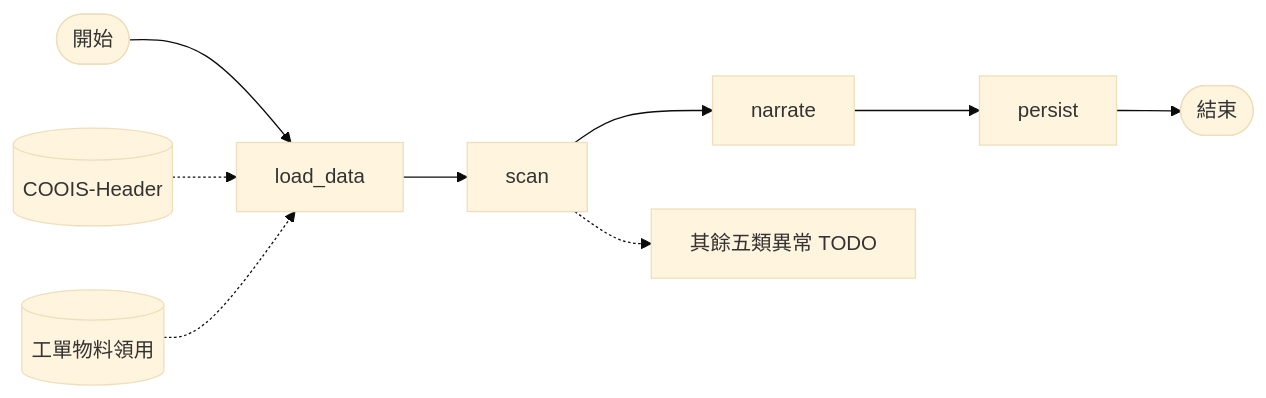
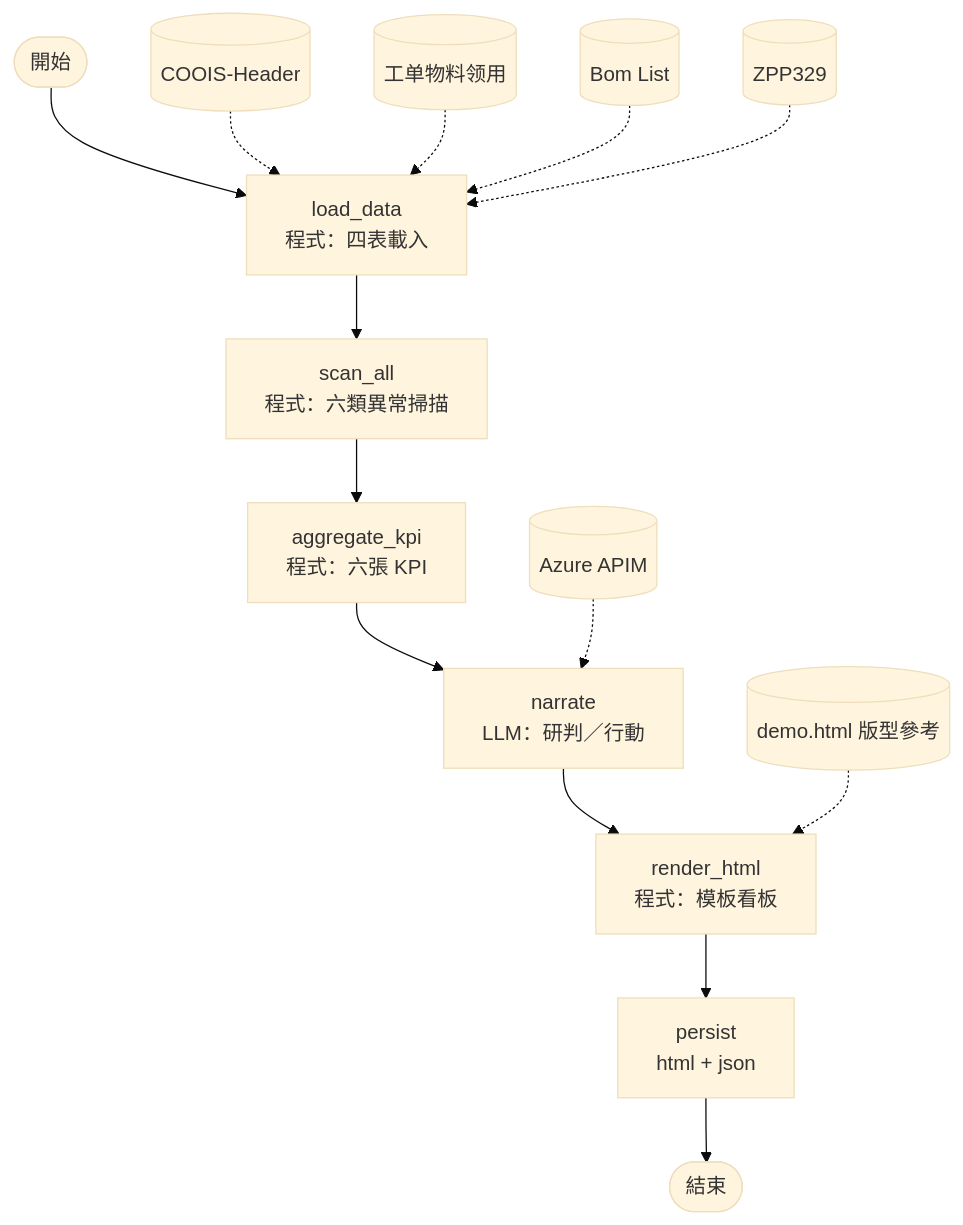
One commit to jellyfish00001/MoAgentChat_Work changed the first of 2 diagrams in docs/flow-templates/02-範本-rd_risk_dashboard.md. Above: the diagram before and after it, drawn with Mermaid (base theme). The commit also changed other lines of this file and 42 other files, not shown here.

````diff
--- a/docs/flow-templates/02-範本-rd_risk_dashboard.md
+++ b/docs/flow-templates/02-範本-rd_risk_dashboard.md
@@ -14,11 +24,17 @@
 ```mermaid
-flowchart LR
-  S([開始]) --> L[load_data]
-  L --> A[scan]
-  A --> N[narrate]
-  N --> P[persist]
+flowchart TD
+  S([開始]) --> L[load_data<br/>程式：四表載入]
+  L --> Sc[scan_all<br/>程式：六類異常掃描]
+  Sc --> K[aggregate_kpi<br/>程式：六張 KPI]
+  K --> N[narrate<br/>LLM：研判／行動]
+  N --> H[render_html<br/>程式：模板看板]
+  H --> P[persist<br/>html + json]
   P --> E([結束])
-  COOIS[(COOIS-Header)] -.-> L
-  Mat[(工單物料領用)] -.-> L
-  A -.-> Todo[其餘五類異常 TODO]
+
+  Hdr[(COOIS-Header)] -.-> L
+  Mov[(工单物料领用)] -.-> L
+  Bom[(Bom List)] -.-> L
+  Mr[(ZPP329)] -.-> L
+  APIM[(Azure APIM)] -.-> N
+  Demo[(demo.html 版型參考)] -.-> H
 ```
````
